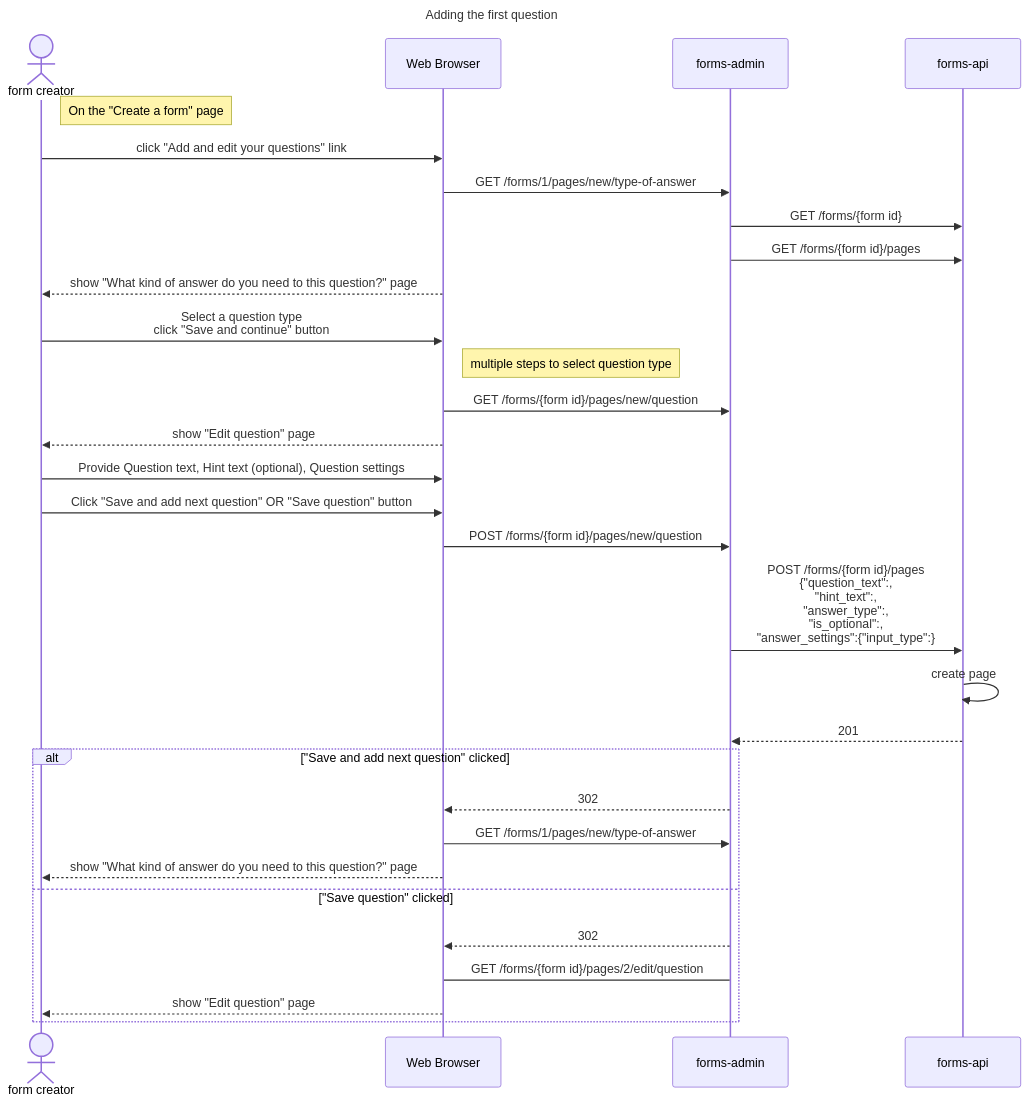
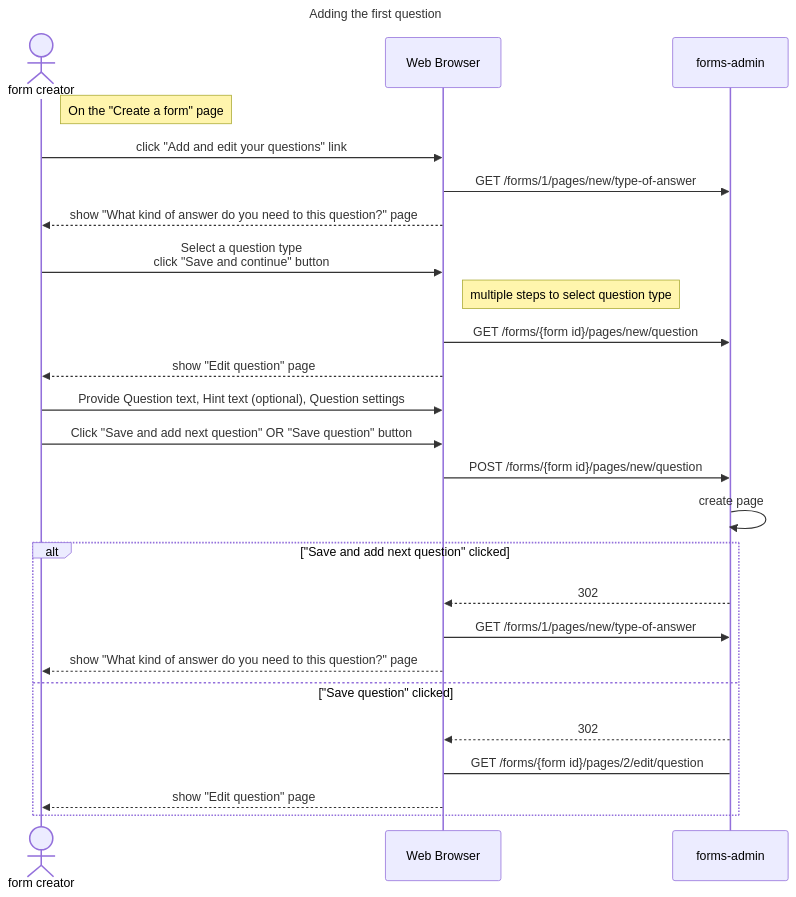
Before and after one commit to alphagov/forms: the second of 5 diagrams in diagrams/sequence-diagrams/creating-a-form.md, drawn with Mermaid. The commit also changed other lines of this file and 3 other files, not shown here.

First line of the commit message:
Remove forms-api from sequence diagrams

````diff
--- a/diagrams/sequence-diagrams/creating-a-form.md
+++ b/diagrams/sequence-diagrams/creating-a-form.md
@@ -32,44 +26,38 @@
 ```mermaid
 sequenceDiagram
   title Adding the first question
   actor user as form creator
   participant browser as Web Browser
   participant admin as forms-admin
   link admin: GitHub repo @ https://github.com/alphagov/forms-admin
-  participant api as forms-api
-  link api: GitHub repo @ https://github.com/alphagov/forms-api
 
   note right of user: On the "Create a form" page
 
   user->>browser: click "Add and edit your questions" link
   browser->>admin: GET /forms/1/pages/new/type-of-answer
-  admin->>api: GET /forms/{form id}
-  admin->>api: GET /forms/{form id}/pages
 
   browser-->>user: show "What kind of answer do you need to this question?" page
 
   user->>browser: Select a question type<br />click "Save and continue" button
 
   note right of browser: multiple steps to select question type
 
   browser->>admin: GET /forms/{form id}/pages/new/question
   browser-->>user: show "Edit question" page
 
 
   user->>browser: Provide Question text, Hint text (optional), Question settings
   user->>browser: Click "Save and add next question" OR "Save question" button
   browser->>admin: POST /forms/{form id}/pages/new/question
-  admin->>api: POST /forms/{form id}/pages<br />{"question_text":,<br />"hint_text":,<br />"answer_type":,<br />"is_optional":,<br />"answer_settings":{"input_type":}
-  api->>api: create page
-  api-->>admin: 201
+  admin->>admin: create page
 
   alt "Save and add next question" clicked
     admin-->>browser: 302
     browser->>admin: GET /forms/1/pages/new/type-of-answer
     browser-->>user: show "What kind of answer do you need to this question?" page 
   else "Save question" clicked
     admin-->>browser: 302
     browser->admin: GET /forms/{form id}/pages/2/edit/question
     browser-->>user: show "Edit question" page
   end
 ```
````
